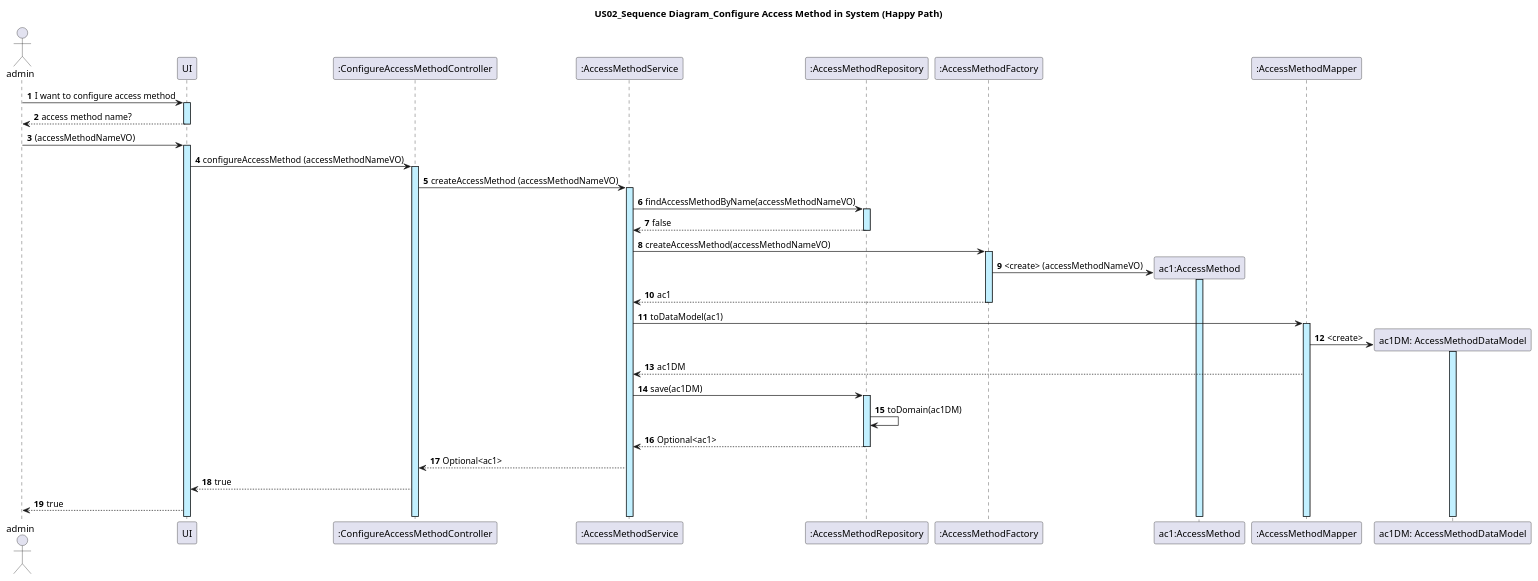
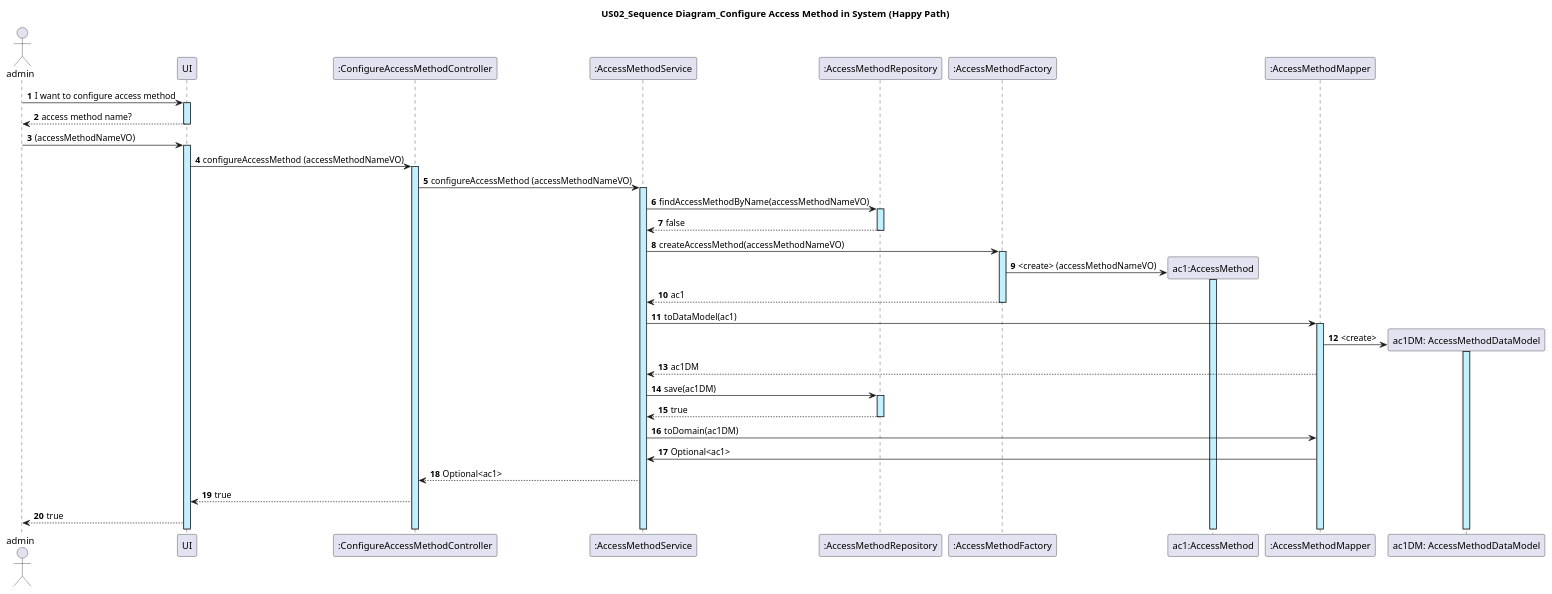
One commit to GasparISEP/DevOps-PAI changed the diagram in docs/US02/US02_ConfigureAccessMethod_JPA_SequenceDiagram.puml. Above: the diagram before and after it, drawn with PlantUML.

Commit message:
refactor:Update logic US02 sequence diagram. refs #299

```diff
--- a/docs/US02/US02_ConfigureAccessMethod_JPA_SequenceDiagram.puml
+++ b/docs/US02/US02_ConfigureAccessMethod_JPA_SequenceDiagram.puml
@@ -1,30 +1,31 @@
 @startuml
 actor admin
 autonumber
 
 title: US02_Sequence Diagram_Configure Access Method in System (Happy Path)
 
 admin -> UI ++ #application : I want to configure access method
 UI --> admin -- : access method name?
 admin -> UI ++ #application :(accessMethodNameVO)
 UI -> ":ConfigureAccessMethodController" as ConfigureAccessMethodController ++ #application : configureAccessMethod (accessMethodNameVO)
 
 
-ConfigureAccessMethodController -> ":AccessMethodService" ++ #application : createAccessMethod (accessMethodNameVO)
+ConfigureAccessMethodController -> ":AccessMethodService" ++ #application : configureAccessMethod (accessMethodNameVO)
 ":AccessMethodService" -> ":AccessMethodRepository" ++ #application:  findAccessMethodByName(accessMethodNameVO)
 ":AccessMethodRepository" --> ":AccessMethodService" -- #application: false
 ":AccessMethodService" -> ":AccessMethodFactory" as AccessMethodFactory ++ #application: createAccessMethod(accessMethodNameVO)
 create "ac1:AccessMethod" as AccessMethod
 AccessMethodFactory -> AccessMethod  ++ #application  : <create> (accessMethodNameVO)
 AccessMethodFactory --> ":AccessMethodService" -- : ac1
 ":AccessMethodService" -> ":AccessMethodMapper" ++ #application: toDataModel(ac1)
 create "ac1DM: AccessMethodDataModel" as AccessMethodDataModel
 ":AccessMethodMapper" -> AccessMethodDataModel ++ #application: <create>
 ":AccessMethodMapper" --> ":AccessMethodService" : ac1DM
 ":AccessMethodService" -> ":AccessMethodRepository" ++ #application: save(ac1DM)
-":AccessMethodRepository" -> ":AccessMethodRepository": toDomain(ac1DM)
-":AccessMethodRepository" --> ":AccessMethodService" --: Optional<ac1>
+":AccessMethodRepository" --> ":AccessMethodService" --: true
+":AccessMethodService" -> ":AccessMethodMapper": toDomain(ac1DM)
+":AccessMethodMapper" -> ":AccessMethodService": Optional<ac1>
 ":AccessMethodService" --> ConfigureAccessMethodController: Optional<ac1>
 ConfigureAccessMethodController --> UI: true
 UI --> admin: true
 @enduml
```
